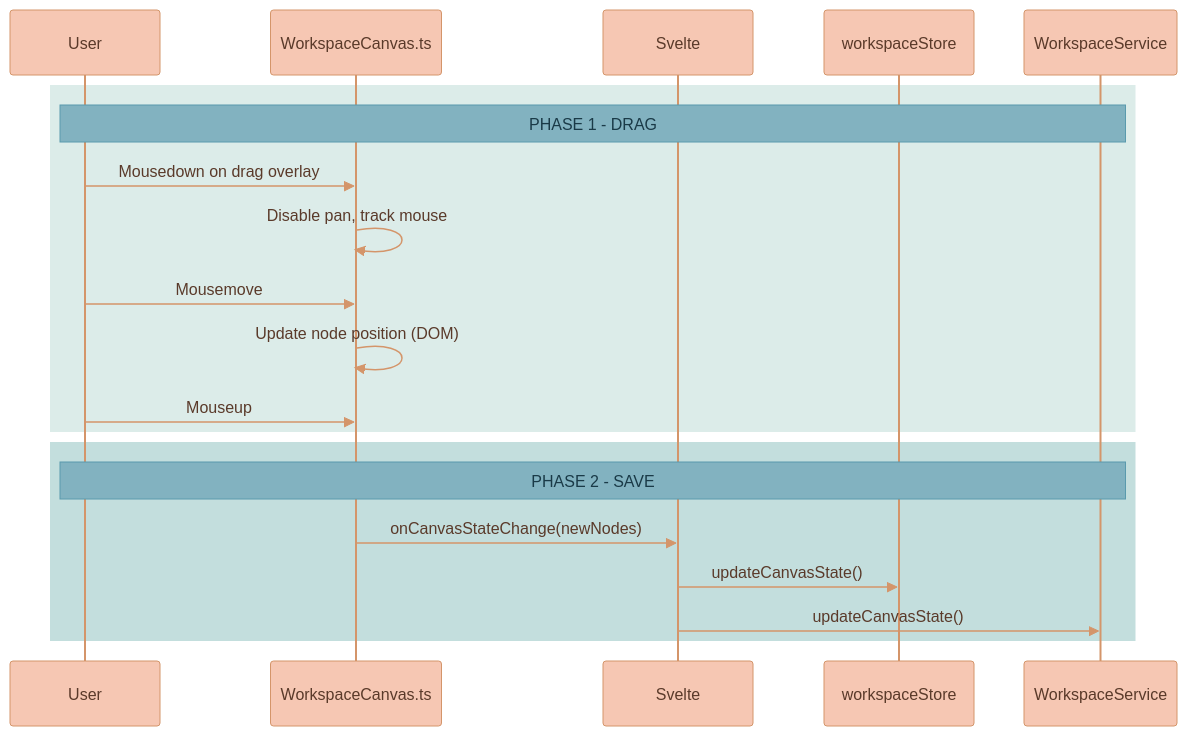
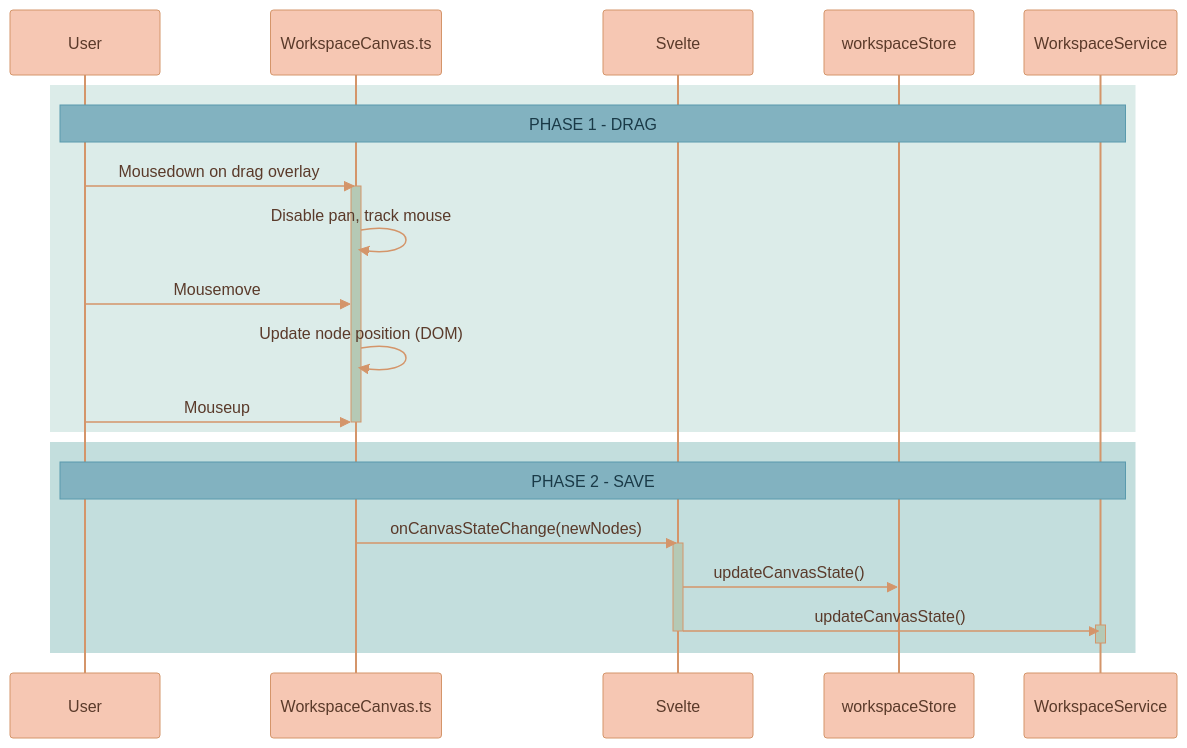
One commit to Lixpi/lixpi changed the seventh of 17 diagrams in documentation/features/WORKSPACE-FEATURE.md. Above: the diagram before and after it, drawn with Mermaid. The commit also changed other lines of this file and 5 other files, not shown here.

````diff
--- a/documentation/features/WORKSPACE-FEATURE.md
+++ b/documentation/features/WORKSPACE-FEATURE.md
@@ -382,30 +410,36 @@
 ```mermaid
-%%{init: {'theme': 'base', 'themeVariables': { 'noteBkgColor': '#82B2C0', 'noteTextColor': '#1a3a47', 'noteBorderColor': '#5a9aad', 'actorBkg': '#F6C7B3', 'actorBorder': '#d4956a', 'actorTextColor': '#5a3a2a', 'actorLineColor': '#d4956a', 'signalColor': '#d4956a', 'signalTextColor': '#5a3a2a', 'labelBoxBkgColor': '#F6C7B3', 'labelBoxBorderColor': '#d4956a', 'labelTextColor': '#5a3a2a', 'loopTextColor': '#5a3a2a', 'activationBorderColor': '#d4956a', 'activationBkgColor': '#C3DEDD', 'sequenceNumberColor': '#5a3a2a'}}}%%
+%%{init: {'theme': 'base', 'themeVariables': { 'noteBkgColor': '#82B2C0', 'noteTextColor': '#1a3a47', 'noteBorderColor': '#5a9aad', 'actorBkg': '#F6C7B3', 'actorBorder': '#d4956a', 'actorTextColor': '#5a3a2a', 'actorLineColor': '#d4956a', 'signalColor': '#d4956a', 'signalTextColor': '#5a3a2a', 'labelBoxBkgColor': '#F6C7B3', 'labelBoxBorderColor': '#d4956a', 'labelTextColor': '#5a3a2a', 'loopTextColor': '#5a3a2a', 'activationBorderColor': '#d4956a', 'activationBkgColor': '#B5C9B5', 'sequenceNumberColor': '#5a3a2a'}}}%%
 sequenceDiagram
     participant User
     participant Canvas as WorkspaceCanvas.ts
     participant Svelte
     participant Store as workspaceStore
     participant WSvc as WorkspaceService
     %% ═══════════════════════════════════════════════════════════════
     %% PHASE 1: DRAG
     %% ═══════════════════════════════════════════════════════════════
     rect rgb(220, 236, 233)
         Note over User, WSvc: PHASE 1 - DRAG
         User->>Canvas: Mousedown on drag overlay
+        activate Canvas
         Canvas->>Canvas: Disable pan, track mouse
         User->>Canvas: Mousemove
         Canvas->>Canvas: Update node position (DOM)
         User->>Canvas: Mouseup
+        deactivate Canvas
     end
 
     %% ═══════════════════════════════════════════════════════════════
     %% PHASE 2: SAVE
     %% ═══════════════════════════════════════════════════════════════
     rect rgb(195, 222, 221)
         Note over User, WSvc: PHASE 2 - SAVE
         Canvas->>Svelte: onCanvasStateChange(newNodes)
+        activate Svelte
         Svelte->>Store: updateCanvasState()
         Svelte->>WSvc: updateCanvasState()
+        activate WSvc
+        deactivate WSvc
+        deactivate Svelte
     end
 ```
````
